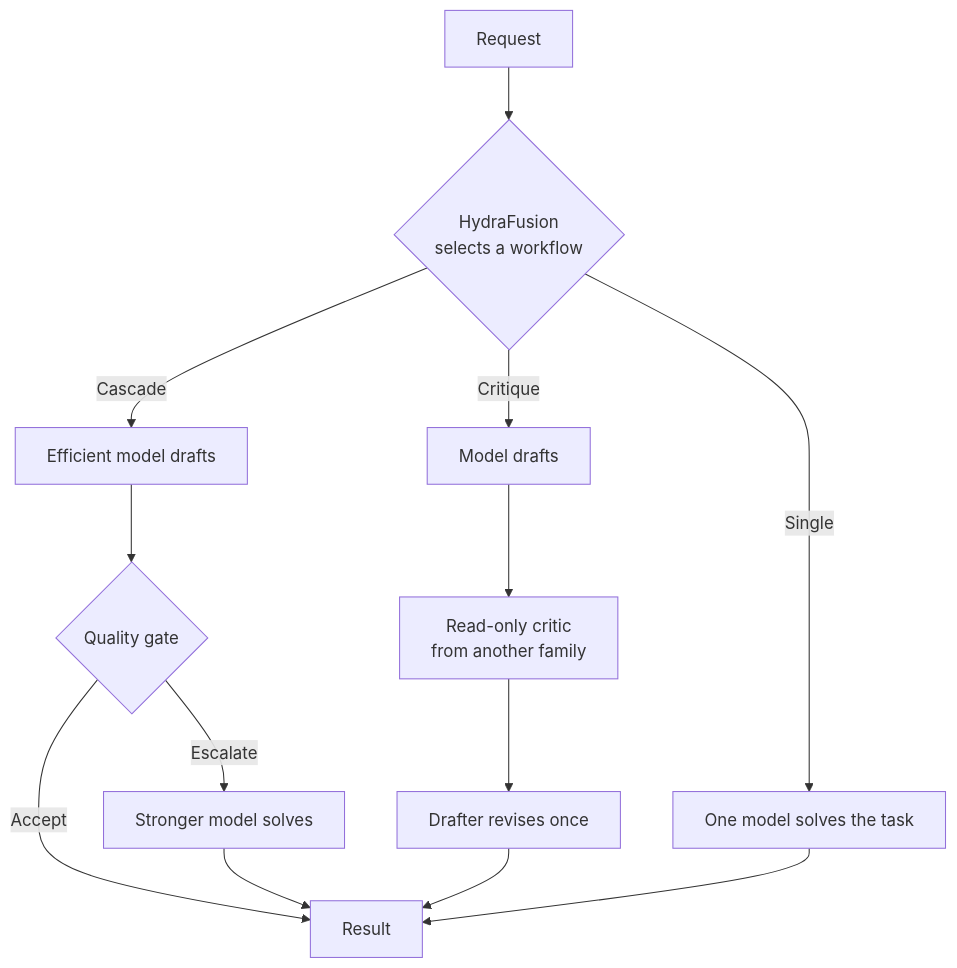
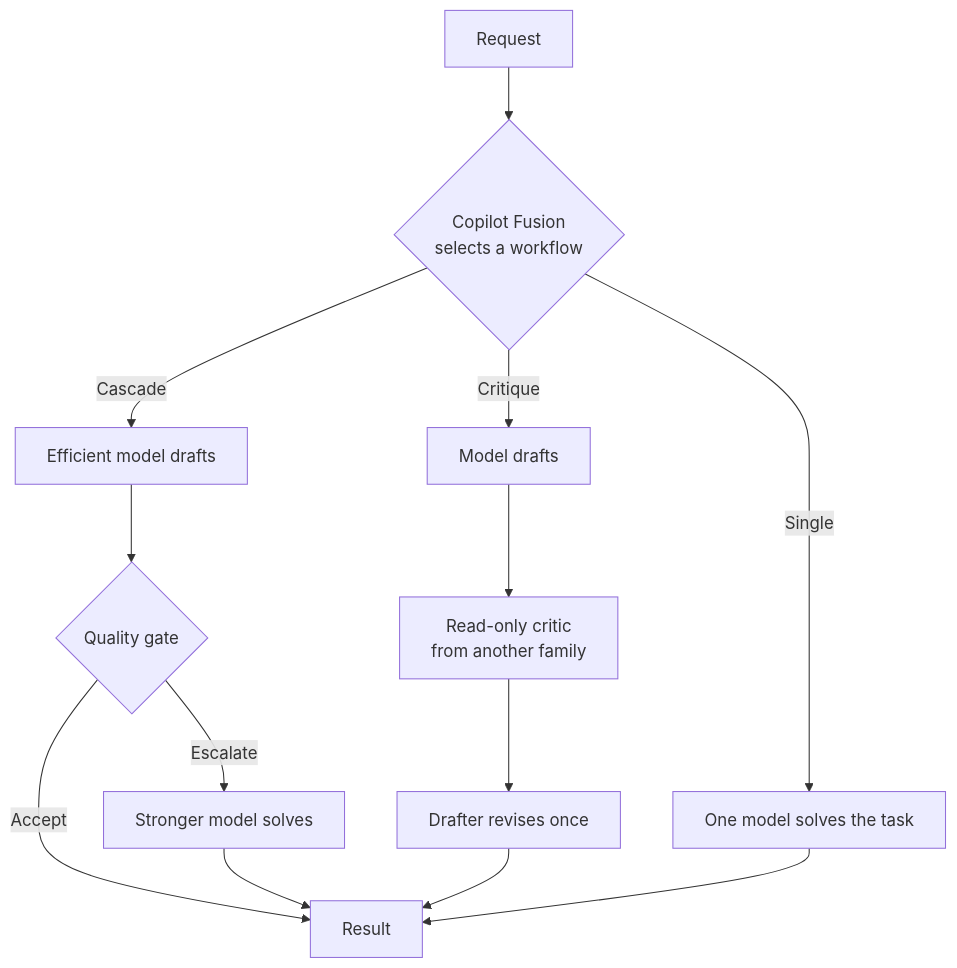
The diagram in _posts/2026-10-28-Models-vs-Harnesses.md (aalmada/aalmada.github.io), drawn with Mermaid before and after one commit. The commit also changed other lines of this file, not shown here.

Commit message:
Rename HydraFusion to Copilot Fusion

````diff
--- a/_posts/2026-10-28-Models-vs-Harnesses.md
+++ b/_posts/2026-10-28-Models-vs-Harnesses.md
@@ -158,15 +158,15 @@
 ```mermaid
 flowchart TD
-  R[Request] --> S{HydraFusion<br/>selects a workflow}
+  R[Request] --> S{Copilot Fusion<br/>selects a workflow}
   S -->|Single| M1[One model solves the task]
   S -->|Cascade| C1[Efficient model drafts]
   C1 --> G{Quality gate}
   G -->|Accept| Done[Result]
   G -->|Escalate| C2[Stronger model solves]
   C2 --> Done
   S -->|Critique| D1[Model drafts]
   D1 --> D2[Read-only critic<br/>from another family]
   D2 --> D3[Drafter revises once]
   D3 --> Done
   M1 --> Done
 ```
````
